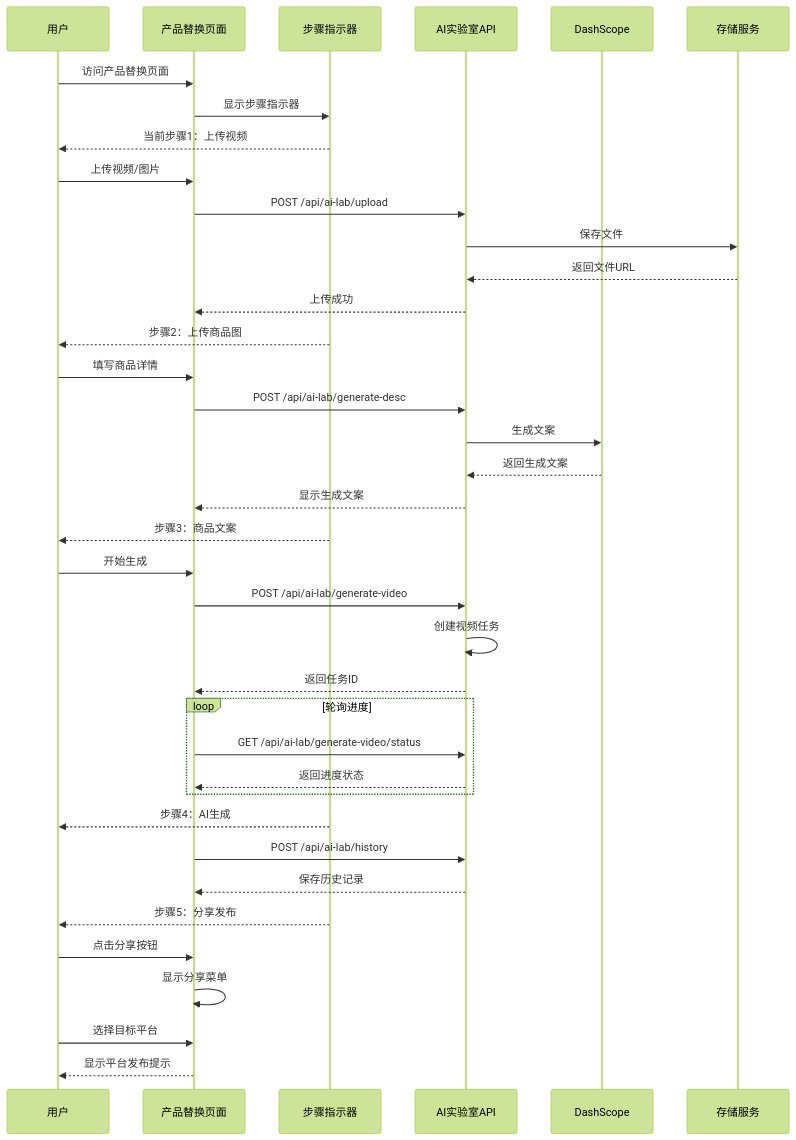
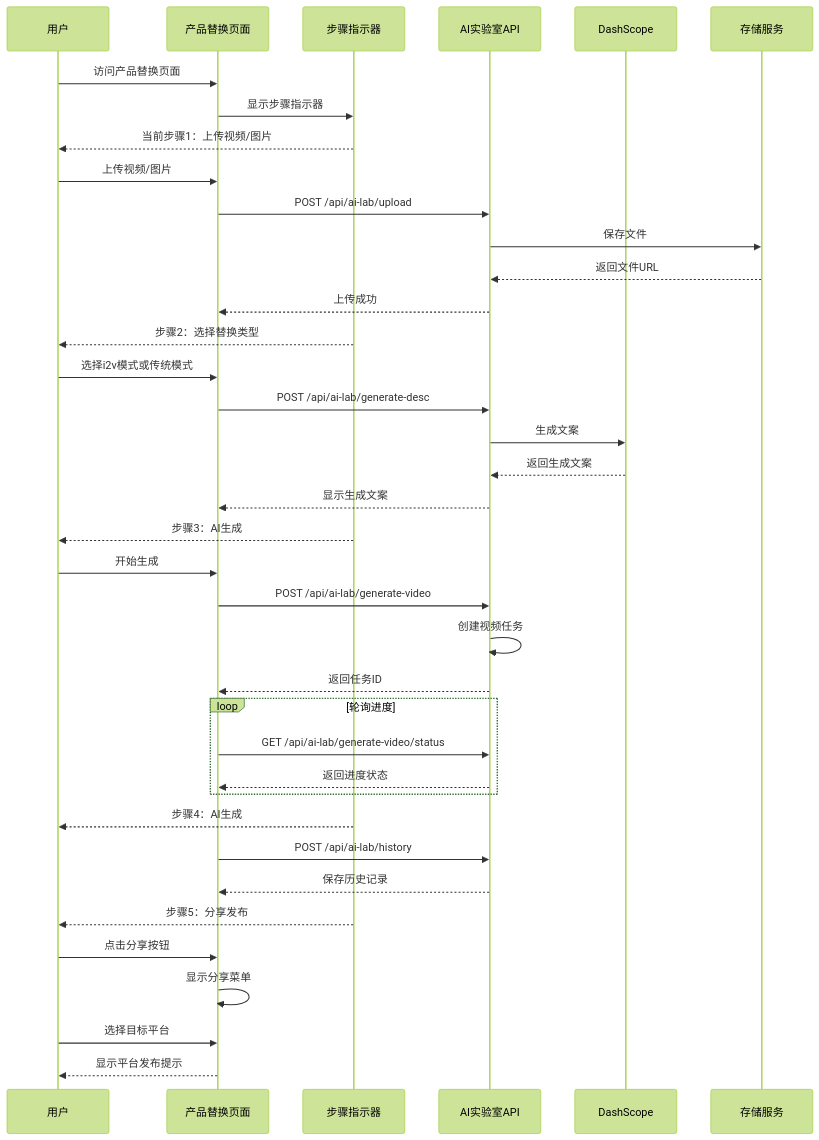
One commit to zuozuoliu740-cmd/xianxiong-news changed the third of 30 diagrams in .qoder/repowiki/zh/content/核心功能模块/AI实验室模块.md. Above: the diagram before and after it, drawn with Mermaid (forest theme). The commit also changed other lines of this file and 72 other files, not shown here.

````diff
--- a/.qoder/repowiki/zh/content/核心功能模块/AI实验室模块.md
+++ b/.qoder/repowiki/zh/content/核心功能模块/AI实验室模块.md
@@ -181,40 +206,40 @@
 ```mermaid
 sequenceDiagram
 participant U as 用户
 participant P as 产品替换页面
 participant SI as 步骤指示器
 participant API as AI实验室API
 participant DS as DashScope
 participant ST as 存储服务
 U->>P : 访问产品替换页面
 P->>SI : 显示步骤指示器
-SI-->>U : 当前步骤1：上传视频
+SI-->>U : 当前步骤1：上传视频/图片
 U->>P : 上传视频/图片
 P->>API : POST /api/ai-lab/upload
 API->>ST : 保存文件
 ST-->>API : 返回文件URL
 API-->>P : 上传成功
-SI-->>U : 步骤2：上传商品图
-U->>P : 填写商品详情
+SI-->>U : 步骤2：选择替换类型
+U->>P : 选择i2v模式或传统模式
 P->>API : POST /api/ai-lab/generate-desc
 API->>DS : 生成文案
 DS-->>API : 返回生成文案
 API-->>P : 显示生成文案
-SI-->>U : 步骤3：商品文案
+SI-->>U : 步骤3：AI生成
 U->>P : 开始生成
 P->>API : POST /api/ai-lab/generate-video
 API->>API : 创建视频任务
 API-->>P : 返回任务ID
 loop 轮询进度
 P->>API : GET /api/ai-lab/generate-video/status
 API-->>P : 返回进度状态
 end
 SI-->>U : 步骤4：AI生成
 P->>API : POST /api/ai-lab/history
 API-->>P : 保存历史记录
 SI-->>U : 步骤5：分享发布
 U->>P : 点击分享按钮
 P->>P : 显示分享菜单
 U->>P : 选择目标平台
 P-->>U : 显示平台发布提示
 ```
````
